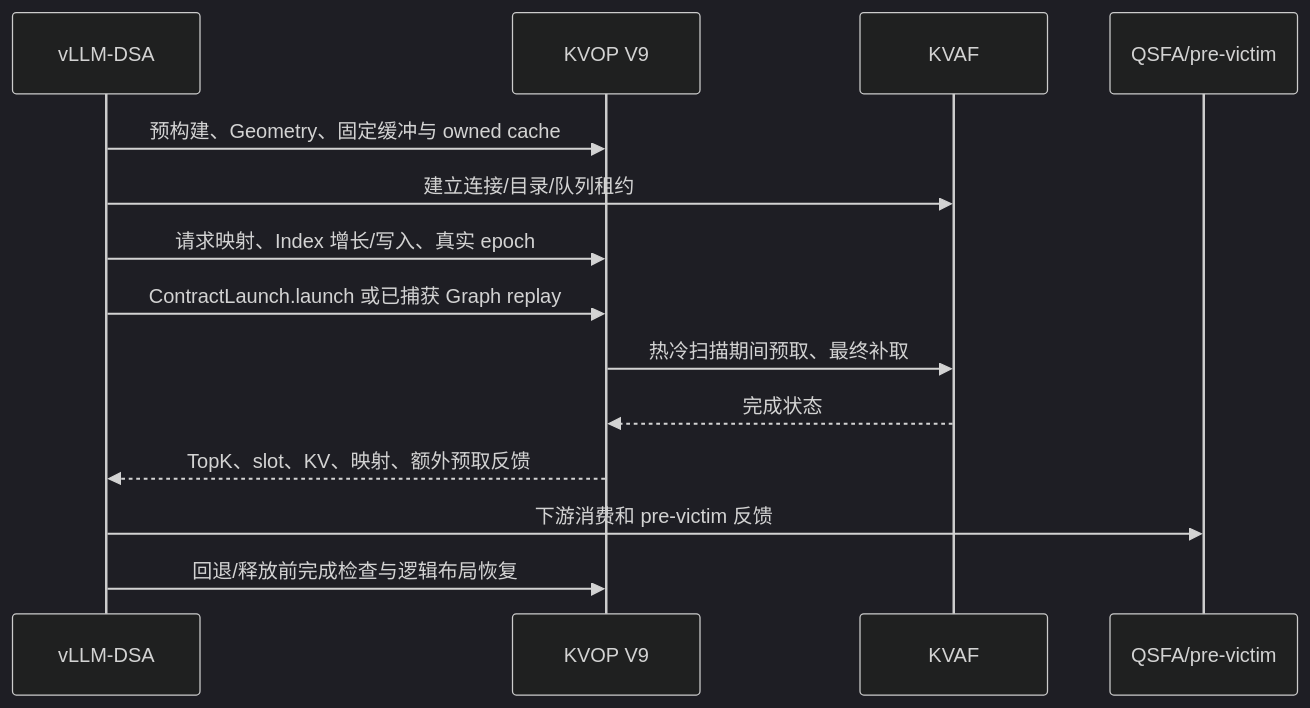
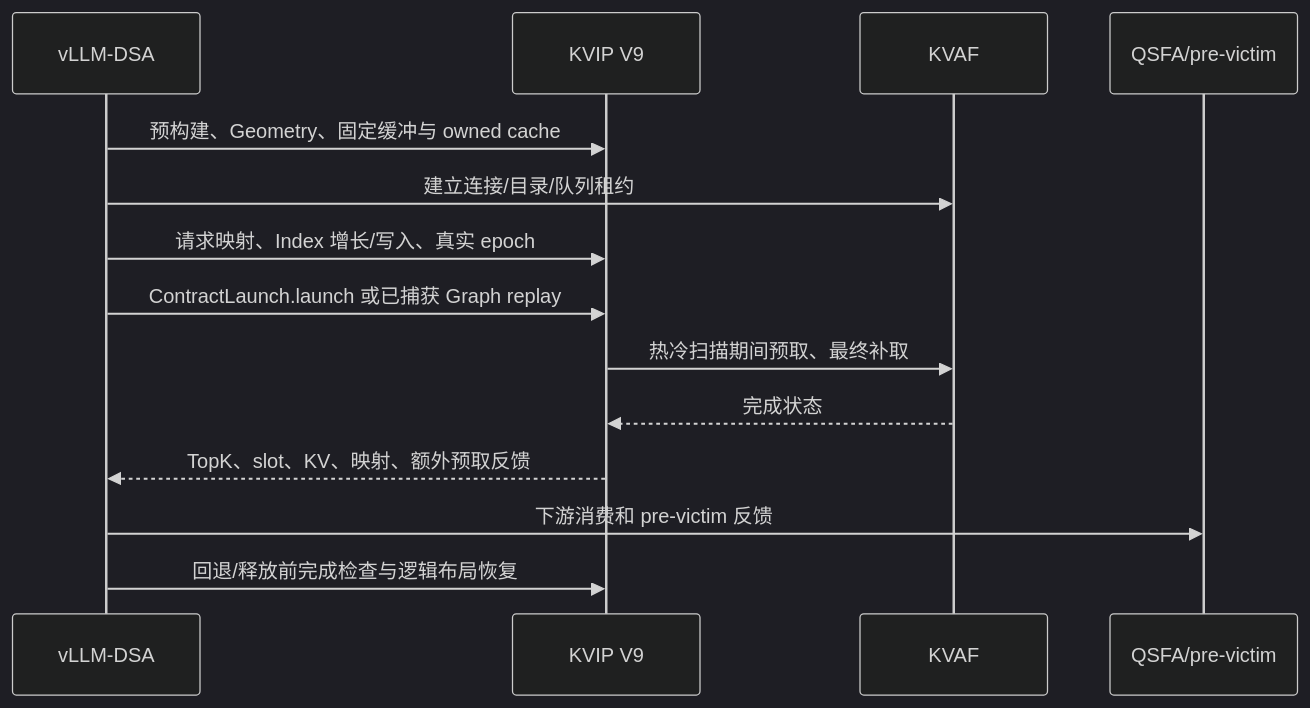
One commit to zxdgongjue-spec/KVIP changed the diagram in README.md. Above: the diagram before and after it, drawn with Mermaid (dark theme). The commit also changed other lines of this file and 74 other files, not shown here.

````diff
--- a/README.md
+++ b/README.md
@@ -125,16 +128,16 @@
 ```mermaid
 sequenceDiagram
     participant F as vLLM-DSA
-    participant O as KVOP V9
+    participant O as KVIP V9
     participant T as KVAF
     participant D as QSFA/pre-victim
     F->>O: 预构建、Geometry、固定缓冲与 owned cache
     F->>T: 建立连接/目录/队列租约
     F->>O: 请求映射、Index 增长/写入、真实 epoch
     F->>O: ContractLaunch.launch 或已捕获 Graph replay
     O->>T: 热冷扫描期间预取、最终补取
     T-->>O: 完成状态
     O-->>F: TopK、slot、KV、映射、额外预取反馈
     F->>D: 下游消费和 pre-victim 反馈
     F->>O: 回退/释放前完成检查与逻辑布局恢复
 ```
````
